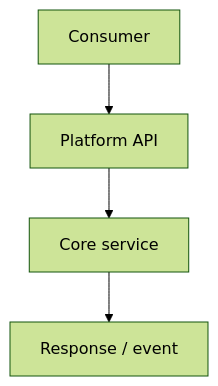
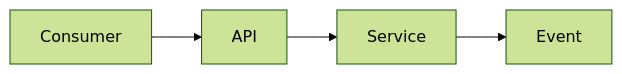
The diagram in templates/docs/prd-platform.md (geraldmaron/construct), drawn with Mermaid (forest theme) before and after one commit. The commit also changed other lines of this file and 149 other files, not shown here.

````diff
--- a/templates/docs/prd-platform.md
+++ b/templates/docs/prd-platform.md
@@ -166,6 +200,6 @@
 ```mermaid
-flowchart TD
-  A[Consumer] --> B[Platform API]
-  B --> C[Core service]
-  C --> D[Response / event]
+flowchart LR
+  A[Consumer] --> B[API]
+  B --> C[Service]
+  C --> D[Event]
 ```
````
